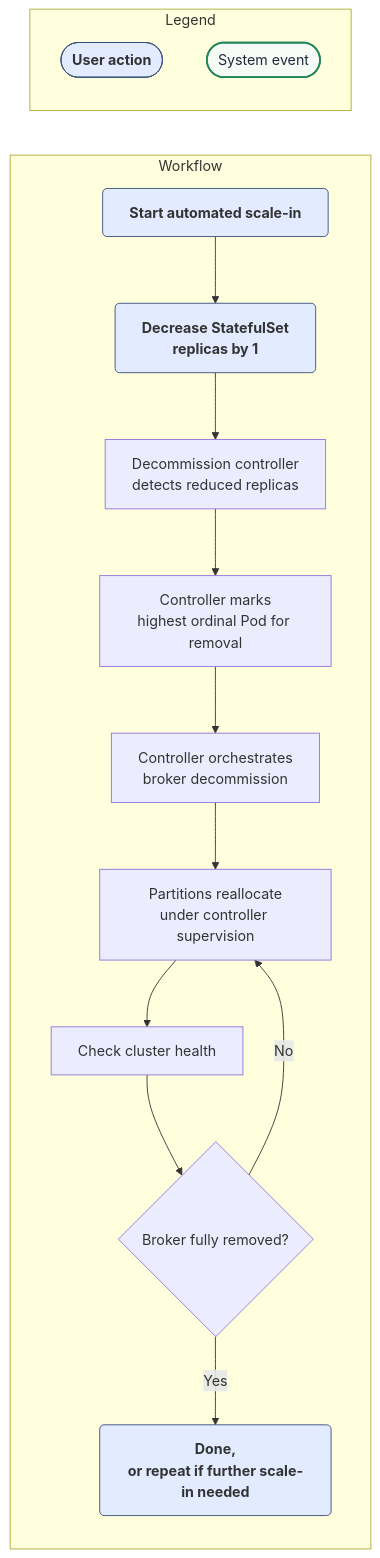
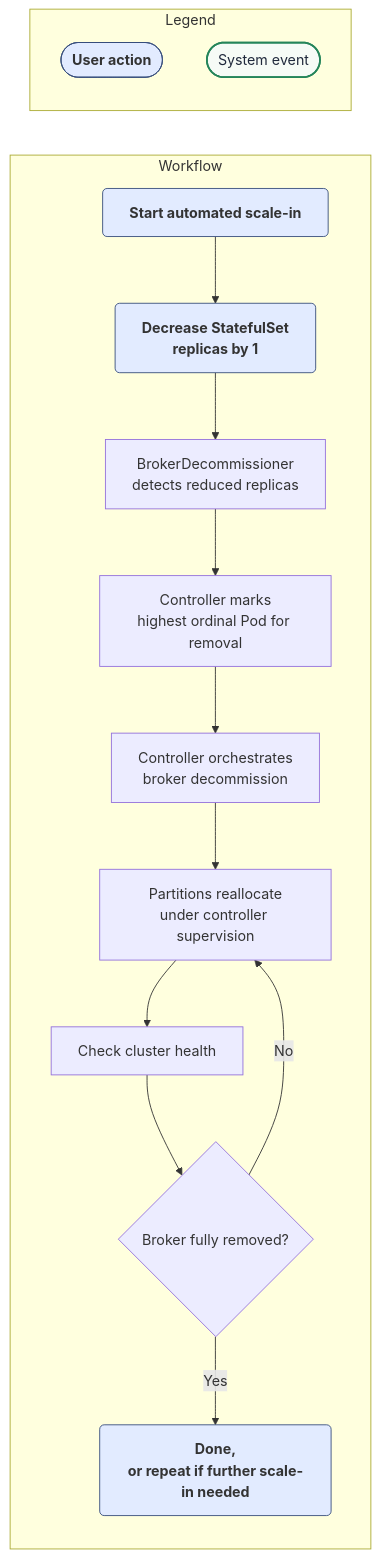
Before and after one commit to redpanda-data/docs: the second of 2 diagrams in modules/manage/pages/kubernetes/k-decommission-brokers.adoc, drawn with Mermaid. The commit also changed other lines of this file and 5 other files, not shown here.

```diff
--- a/modules/manage/pages/kubernetes/k-decommission-brokers.adoc
+++ b/modules/manage/pages/kubernetes/k-decommission-brokers.adoc
@@ -398,29 +398,29 @@
 [mermaid]
 ....
 flowchart TB
   %% Define classes
   classDef userAction stroke:#374D7C, fill:#E2EBFF, font-weight:bold,rx:5,ry:5
   classDef systemAction fill:#F6FBF6,stroke:#25855a,stroke-width:2px,color:#20293c,rx:5,ry:5
 
   %% Legend
   subgraph Legend
     direction TB
     UA([User action]):::userAction
     SE([System event]):::systemAction
   end
   Legend ~~~ Workflow
 
   %% Main workflow
   subgraph Workflow
     direction TB
     A[Start automated scale-in]:::userAction --> B[Decrease StatefulSet<br/>replicas by 1]:::userAction
-    B --> C[Decommission controller<br/>detects reduced replicas]:::systemEvent
+    B --> C[BrokerDecommissioner <br/>detects reduced replicas]:::systemEvent
     C --> D[Controller marks<br/>highest ordinal Pod for removal]:::systemEvent
     D --> E[Controller orchestrates<br/>broker decommission]:::systemEvent
     E --> F[Partitions reallocate<br/>under controller supervision]:::systemEvent
     F --> G[Check cluster health]:::systemEvent
     G --> H{Broker fully removed?}:::systemEvent
     H -- No --> F
     H -- Yes --> I[Done,<br/>or repeat if further scale-in needed]:::userAction
   end
 ....
```
